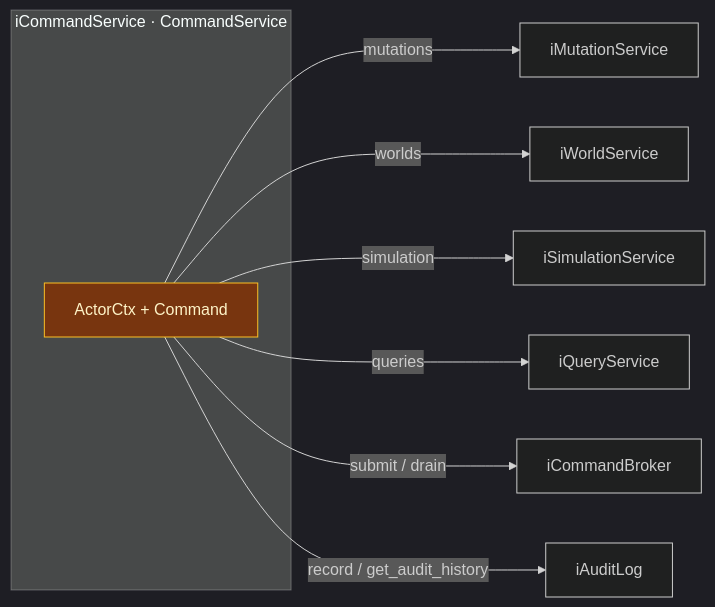
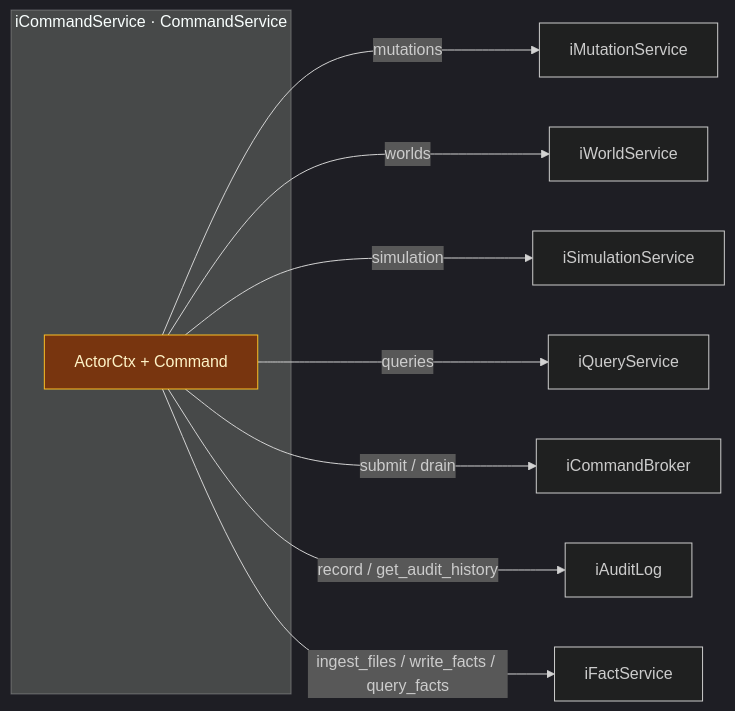
The second of 4 diagrams in src/archetype/app/wiring.md (VangelisTech/archetype), drawn with Mermaid before and after one commit. The commit also changed other lines of this file and 23 other files, not shown here.

Commit message:
feat(facts): add typed Iceberg fact tables

````diff
--- a/src/archetype/app/wiring.md
+++ b/src/archetype/app/wiring.md
@@ -140,17 +150,18 @@
 ```mermaid
 %%{init: {'theme': 'dark'}}%%
 flowchart LR
     subgraph gate["iCommandService · CommandService"]
         G[ActorCtx + Command]
     end
 
     G -->|mutations| iMS[iMutationService]
     G -->|worlds| iWS[iWorldService]
     G -->|simulation| iSIM[iSimulationService]
     G -->|queries| iQS[iQueryService]
     G -->|submit / drain| iBR[iCommandBroker]
     G -->|record / get_audit_history| iAL[iAuditLog]
+    G -->|ingest_files / write_facts / query_facts| iFS[iFactService]
 
     classDef gateNode fill:#78350f,stroke:#fbbf24,color:#fef3c7
     class G gateNode
 ```
````
